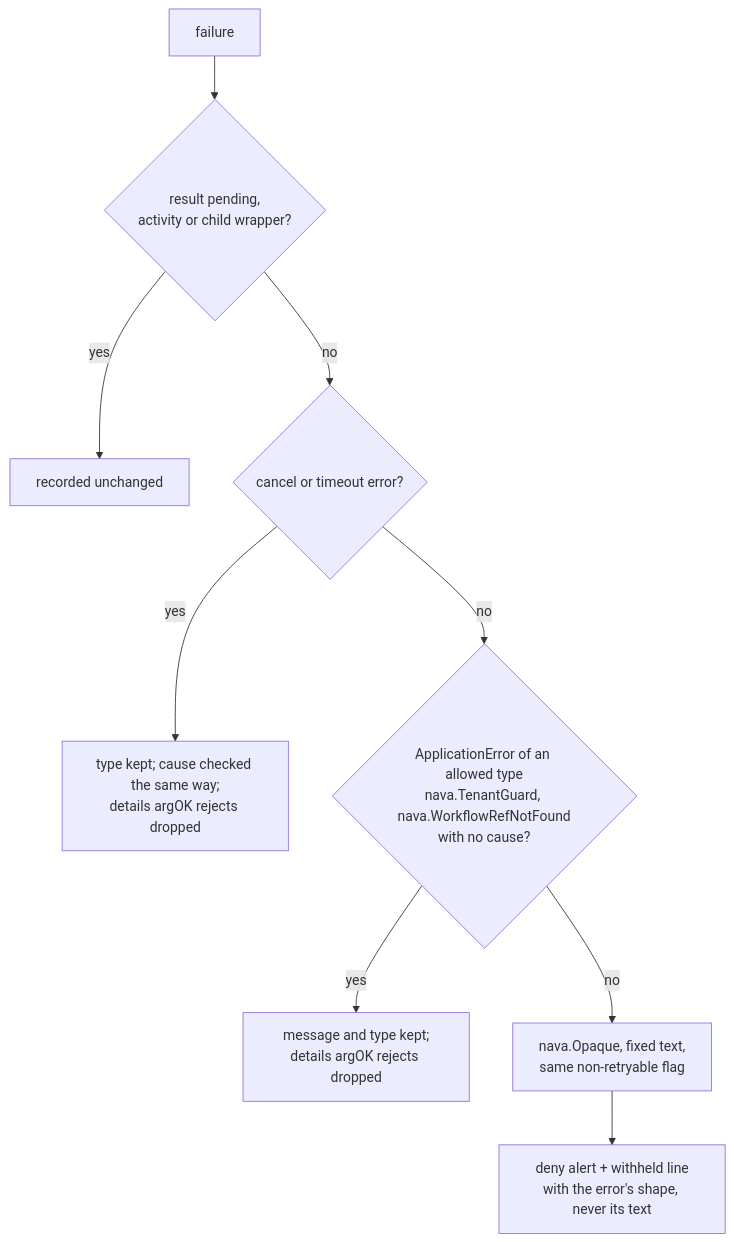
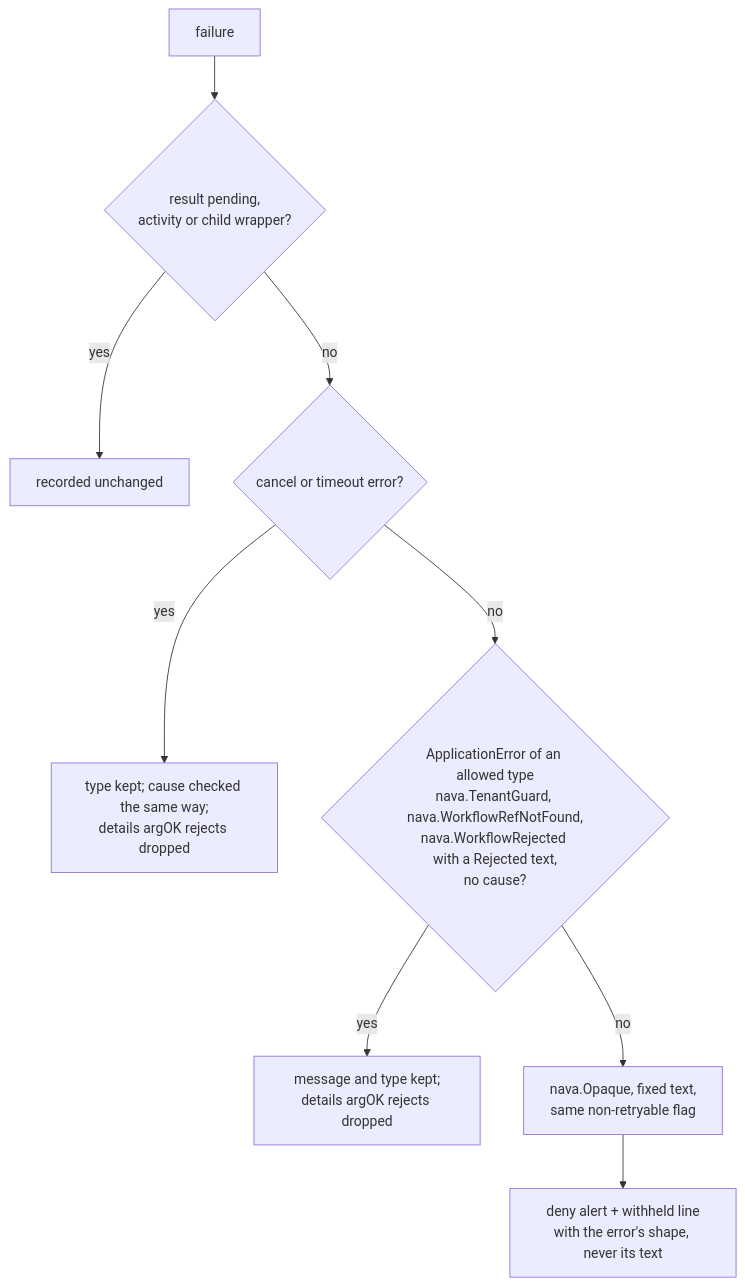
One commit to Navaladi2019/TicketingSystem changed the fourth of 4 diagrams in docs/architecture/worker-guards.md. Above: the diagram before and after it, drawn with Mermaid. The commit also changed other lines of this file and 35 other files, not shown here.

````diff
--- a/docs/architecture/worker-guards.md
+++ b/docs/architecture/worker-guards.md
@@ -181,11 +181,11 @@
 ```mermaid
 flowchart TD
   E[failure] --> S{result pending,<br/>activity or child wrapper?}
   S -- yes --> P[recorded unchanged]
   S -- no --> C{cancel or timeout error?}
   C -- yes --> K[type kept; cause checked the same way;<br/>details argOK rejects dropped]
-  C -- no --> A{ApplicationError of an allowed type<br/>nava.TenantGuard, nava.WorkflowRefNotFound<br/>with no cause?}
+  C -- no --> A{ApplicationError of an allowed type<br/>nava.TenantGuard, nava.WorkflowRefNotFound,<br/>nava.WorkflowRejected with a Rejected text,<br/>no cause?}
   A -- yes --> D[message and type kept;<br/>details argOK rejects dropped]
   A -- no --> O[nava.Opaque, fixed text,<br/>same non-retryable flag]
   O --> L[deny alert + withheld line<br/>with the error's shape, never its text]
 ```
````
